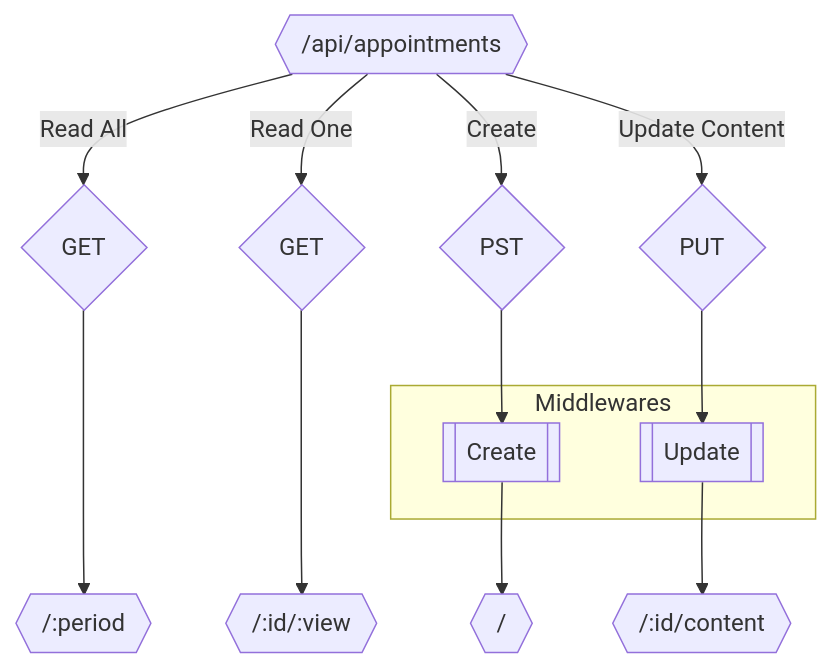
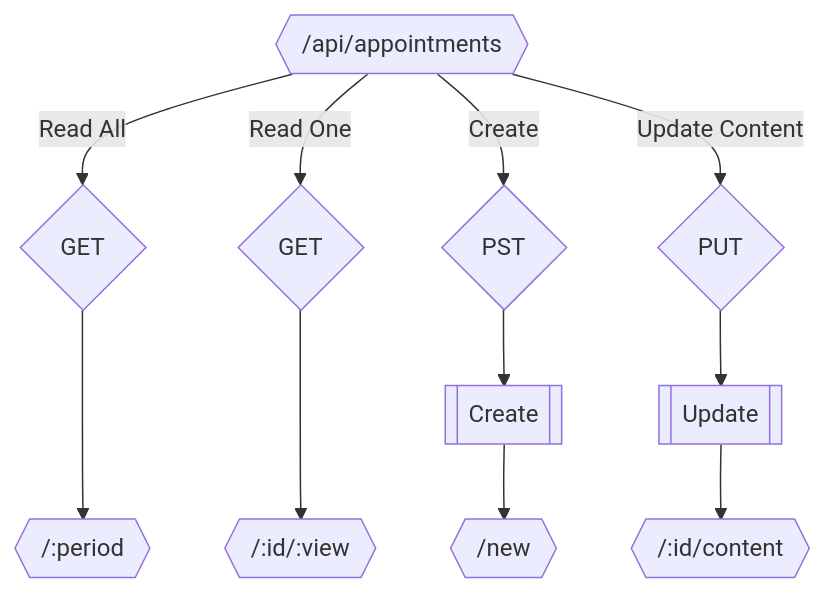
One commit to helix-medical/helix changed the fourth of 7 diagrams in docs/api/api.md. Above: the diagram before and after it, drawn with Mermaid. The commit also changed other lines of this file, not shown here.

Commit message:
Update schemas

````diff
--- a/docs/api/api.md
+++ b/docs/api/api.md
@@ -42,11 +90,7 @@
 ```mermaid
 flowchart TB
- subgraph Middlewares
-  MWCAPPS[[Create]]
-  MWUCAPPS[[Update]]
- end
  APPS{{/api/appointments}} -- Read All --> MRAAPPS{GET} ---> APPS_READALL{{/:period}}
  APPS -- Read One --> MROAPPS{GET} ---> APPS_READONE{{/:id/:view}}
- APPS -- Create --> MCAPPS{PST} --> MWCAPPS --> APPS_CREATE{{/}}
- APPS -- Update Content --> MUCAPPS{PUT} --> MWUCAPPS --> APP_CONTENT{{/:id/content}}
+ APPS -- Create --> MCAPPS{PST} --> MWCAPPS[[Create]] --> APPS_CREATE{{/new}}
+ APPS -- Update Content --> MUCAPPS{PUT} --> MWUCAPPS[[Update]] --> APP_CONTENT{{/:id/content}}
 ```
````
